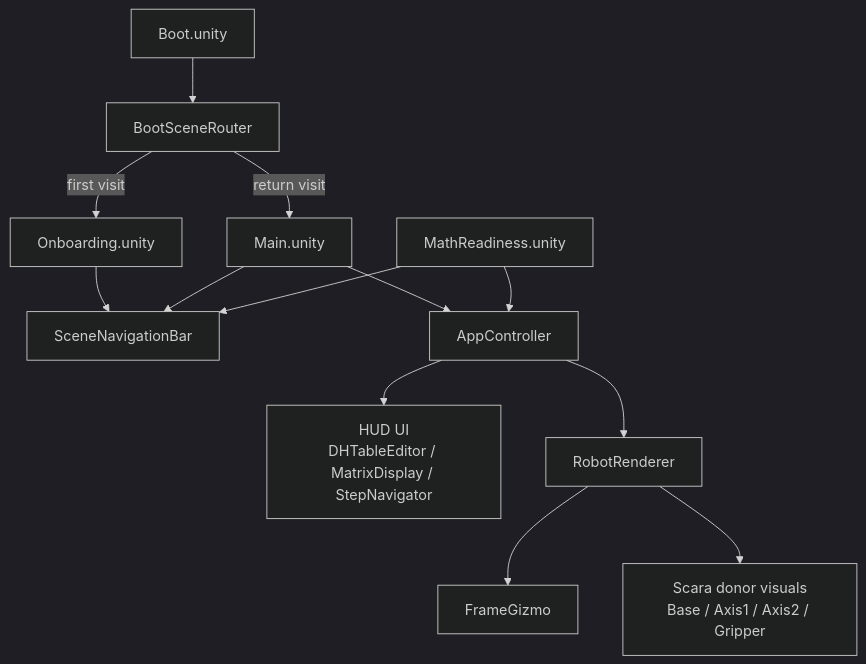
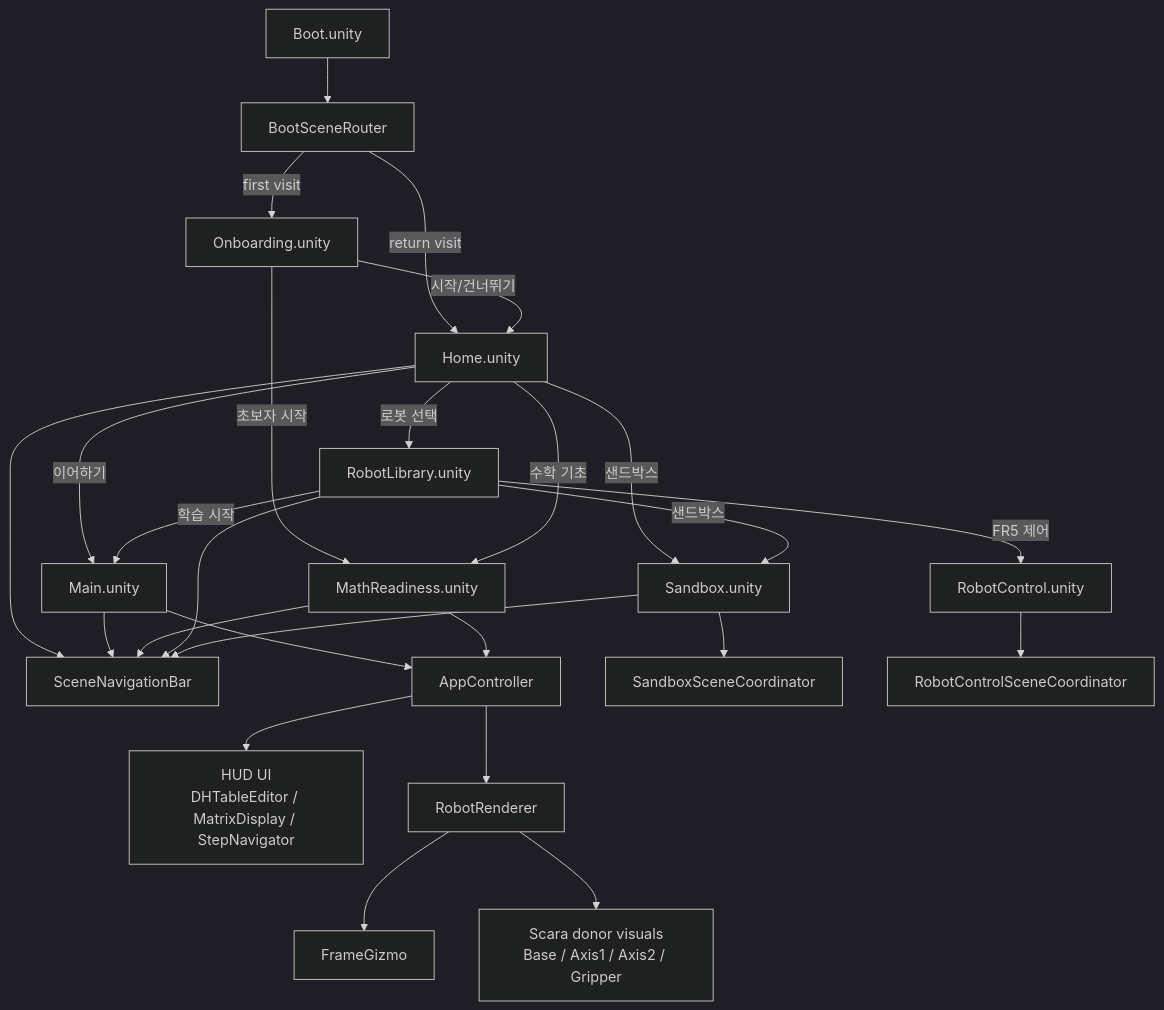
One commit to kimjuyoung1127/robotapp changed the first of 3 diagrams in docs/ref/architecture-mermaid.md. Above: the diagram before and after it, drawn with Mermaid (dark theme). The commit also changed other lines of this file and 9 other files, not shown here.

````diff
--- a/docs/ref/architecture-mermaid.md
+++ b/docs/ref/architecture-mermaid.md
@@ -8,17 +8,34 @@
 ```mermaid
 flowchart TD
     Boot["Boot.unity"] --> Router["BootSceneRouter"]
     Router -->|first visit| Onboarding["Onboarding.unity"]
-    Router -->|return visit| Main["Main.unity"]
+    Router -->|return visit| Home["Home.unity"]
 
-    Onboarding --> Nav["SceneNavigationBar"]
+    Onboarding -->|시작/건너뛰기| Home
+    Onboarding -->|초보자 시작| MathReady["MathReadiness.unity"]
+
+    Home --> Nav["SceneNavigationBar"]
+    Home -->|이어하기| Main["Main.unity"]
+    Home -->|수학 기초| MathReady
+    Home -->|로봇 선택| RobotLib["RobotLibrary.unity"]
+    Home -->|샌드박스| Sandbox["Sandbox.unity"]
+
     Main --> Nav
-    MathReady["MathReadiness.unity"] --> Nav
+    MathReady --> Nav
+    RobotLib --> Nav
+    Sandbox --> Nav
+
+    RobotLib -->|FR5 제어| RobotCtrl["RobotControl.unity"]
+    RobotLib -->|학습 시작| Main
+    RobotLib -->|샌드박스| Sandbox
 
     Main --> App["AppController"]
     MathReady --> App
+    Sandbox --> SandboxCoord["SandboxSceneCoordinator"]
+    RobotCtrl --> RobotCtrlCoord["RobotControlSceneCoordinator"]
+
     App --> UI["HUD UI\nDHTableEditor / MatrixDisplay / StepNavigator"]
     App --> Viz["RobotRenderer"]
     Viz --> Frame["FrameGizmo"]
     Viz --> Donor["Scara donor visuals\nBase / Axis1 / Axis2 / Gripper"]
 ```
````
